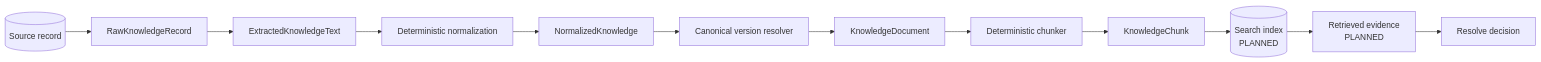
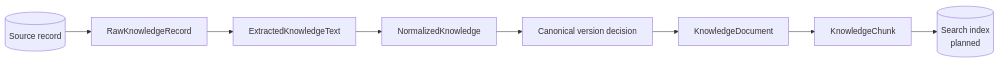
The first of 3 diagrams in docs/architecture/KNOWLEDGE_MODEL.md (kumarchandansingh/tropos), drawn with Mermaid before and after one commit. The commit also changed other lines of this file and 13 other files, not shown here.

````diff
--- a/docs/architecture/KNOWLEDGE_MODEL.md
+++ b/docs/architecture/KNOWLEDGE_MODEL.md
@@ -7,15 +7,11 @@
 ```mermaid
 flowchart LR
     Source[(Source record)]
     --> Raw[RawKnowledgeRecord]
-    --> Extract[ExtractedKnowledgeText]
-    --> Normalize[Deterministic normalization]
-    --> Candidate[NormalizedKnowledge]
-    --> Version[Canonical version resolver]
-    --> Doc[KnowledgeDocument]
-    --> Chunker[Deterministic chunker]
+    --> Extracted[ExtractedKnowledgeText]
+    --> Normalized[NormalizedKnowledge]
+    --> Version[Canonical version decision]
+    --> Document[KnowledgeDocument]
     --> Chunk[KnowledgeChunk]
-    --> Index[(Search index<br/>PLANNED)]
-    --> Evidence[Retrieved evidence<br/>PLANNED]
-    --> Decision[Resolve decision]
+    --> Index[(Search index<br/>planned)]
 ```
````
